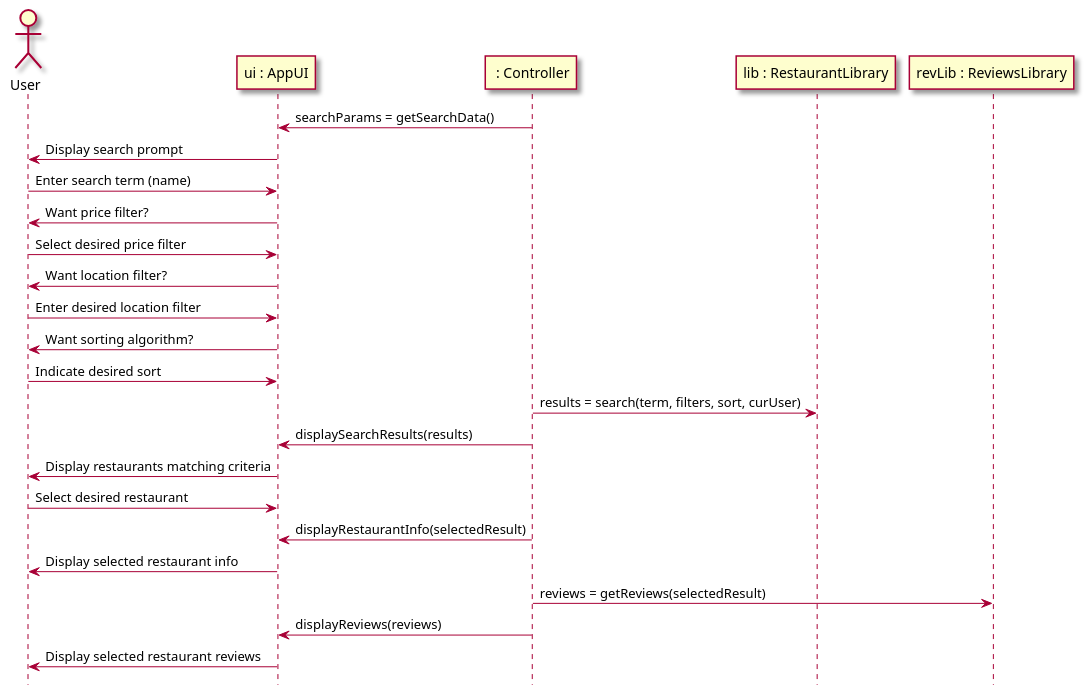
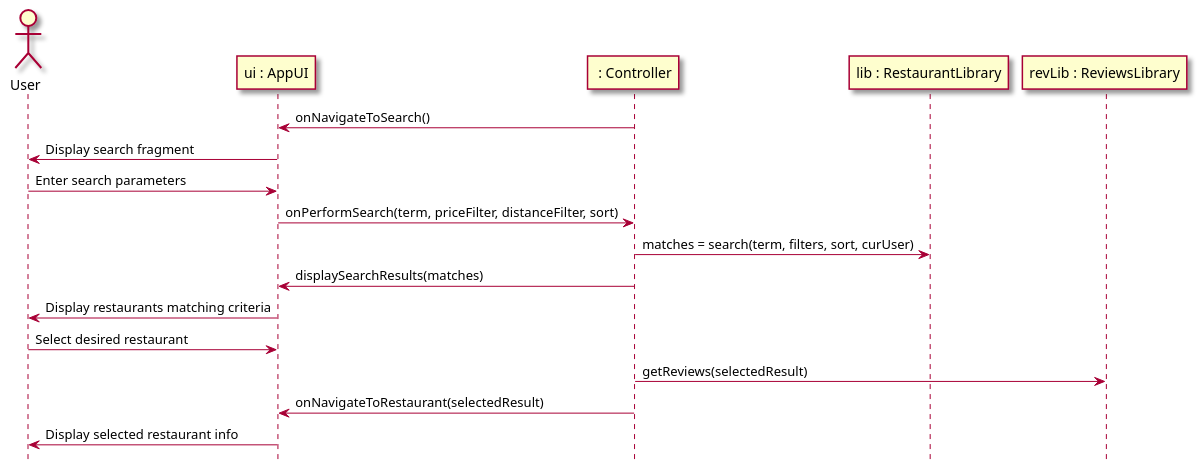
One commit to tanwasp/LunchBox-Android changed the first of 4 diagrams in intellij/doc/design.md. Above: the diagram before and after it, drawn with PlantUML. The commit also changed other lines of this file and 5 other files, not shown here.

Commit message:
Start restaurant test and sequence diagrams

````diff
--- a/intellij/doc/design.md
+++ b/intellij/doc/design.md
@@ -5,32 +5,24 @@
 ```plantuml
 @startuml
 hide footbox
 skin rose
 
 actor User as user
 participant "ui : AppUI" as ui
 participant " : Controller" as controller
 participant "lib : RestaurantLibrary" as lib
 participant "revLib : ReviewsLibrary" as revLib
 
-controller -> ui: searchParams = getSearchData()
-ui -> user : Display search prompt
-user -> ui : Enter search term (name)
-ui -> user : Want price filter?
-user -> ui : Select desired price filter
-ui -> user : Want location filter?
-user -> ui : Enter desired location filter
-ui -> user : Want sorting algorithm?
-user -> ui : Indicate desired sort
-controller -> lib : results = search(term, filters, sort, curUser)
-controller -> ui : displaySearchResults(results)
+controller -> ui: onNavigateToSearch()
+ui -> user : Display search fragment
+user -> ui : Enter search parameters
+ui -> controller : onPerformSearch(term, priceFilter, distanceFilter, sort)
+controller -> lib : matches = search(term, filters, sort, curUser)
+controller -> ui : displaySearchResults(matches)
 ui -> user : Display restaurants matching criteria
 user -> ui : Select desired restaurant
-controller -> ui : displayRestaurantInfo(selectedResult)
+controller -> revLib : getReviews(selectedResult)
+controller -> ui : onNavigateToRestaurant(selectedResult)
 ui -> user : Display selected restaurant info
-controller -> revLib : reviews = getReviews(selectedResult)
-controller -> ui : displayReviews(reviews)
-ui -> user : Display selected restaurant reviews
-
 @enduml
 ```
````
